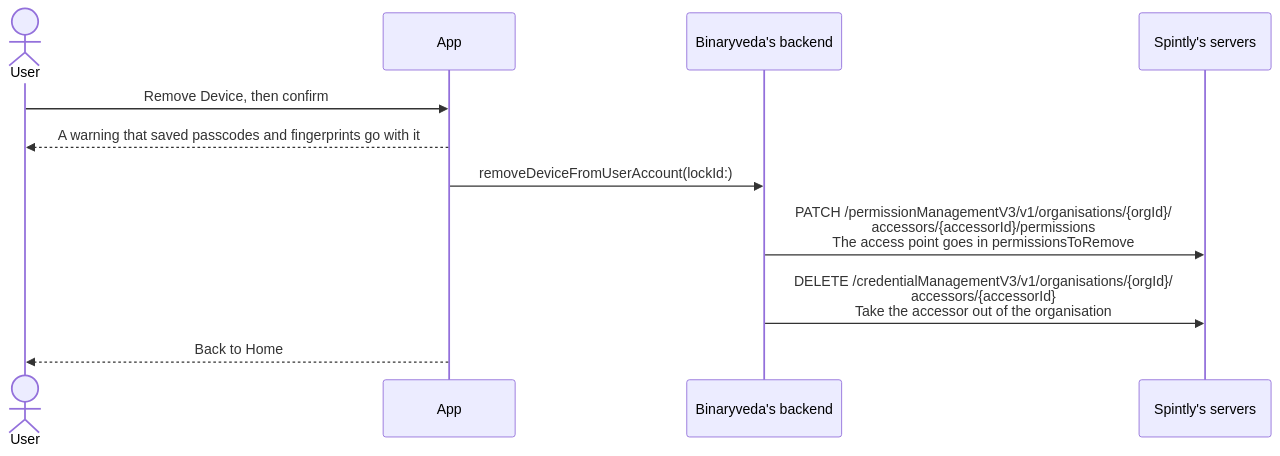
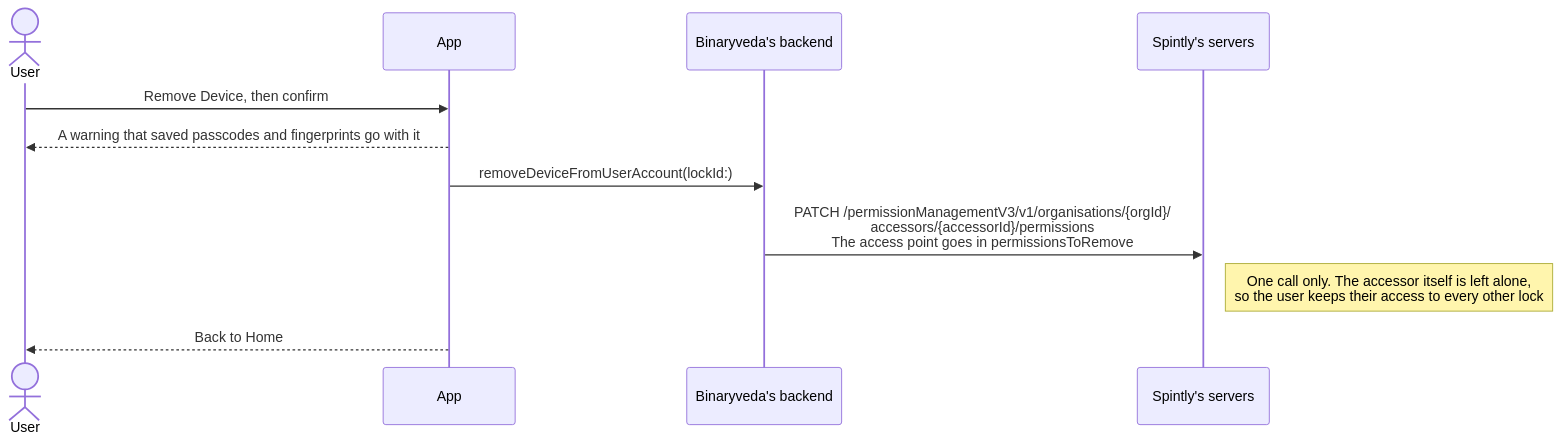
One commit to Yash-Wadatkar-Binaryveda/sdk-docs-site changed the tenth of 12 diagrams in docs/lock-settings.md. Above: the diagram before and after it, drawn with Mermaid. The commit also changed other lines of this file and 11 other files, not shown here.

````diff
--- a/docs/lock-settings.md
+++ b/docs/lock-settings.md
@@ -409,14 +409,14 @@
     ```mermaid
     sequenceDiagram
         actor U as User
         participant A as App
         participant B as Binaryveda's backend
         participant S as Spintly's servers
 
         U->>A: Remove Device, then confirm
         A-->>U: A warning that saved passcodes and fingerprints go with it
         A->>B: removeDeviceFromUserAccount(lockId:)
         B->>S: PATCH /permissionManagementV3/v1/organisations/{orgId}/<br/>accessors/{accessorId}/permissions<br/>The access point goes in permissionsToRemove
-        B->>S: DELETE /credentialManagementV3/v1/organisations/{orgId}/<br/>accessors/{accessorId}<br/>Take the accessor out of the organisation
+        Note right of S: One call only. The accessor itself is left alone,<br/>so the user keeps their access to every other lock
         A-->>U: Back to Home
     ```
````
